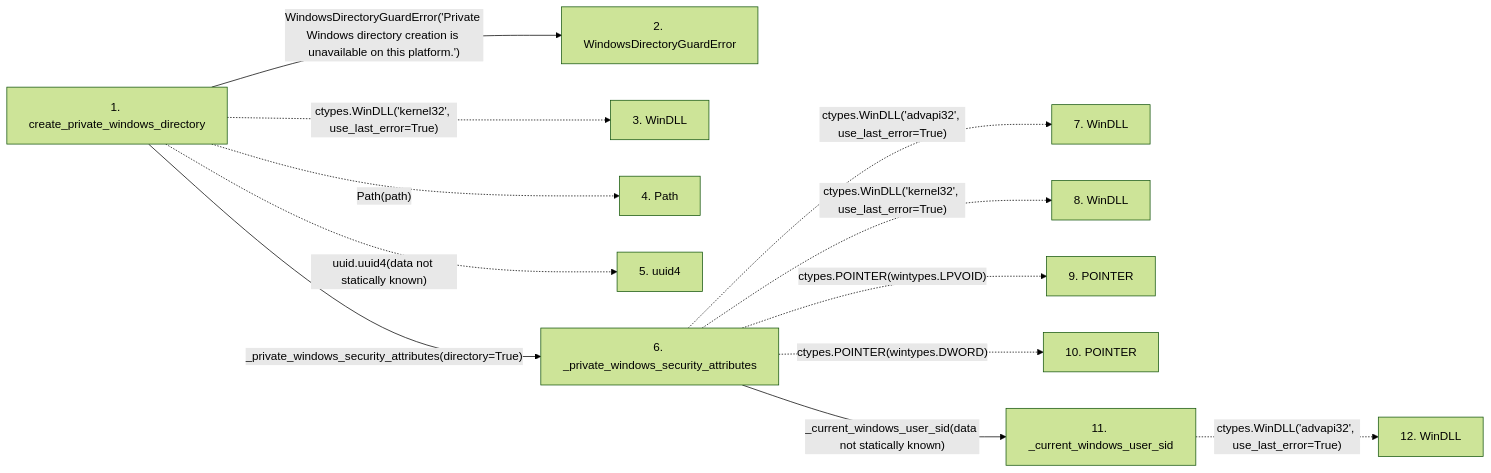
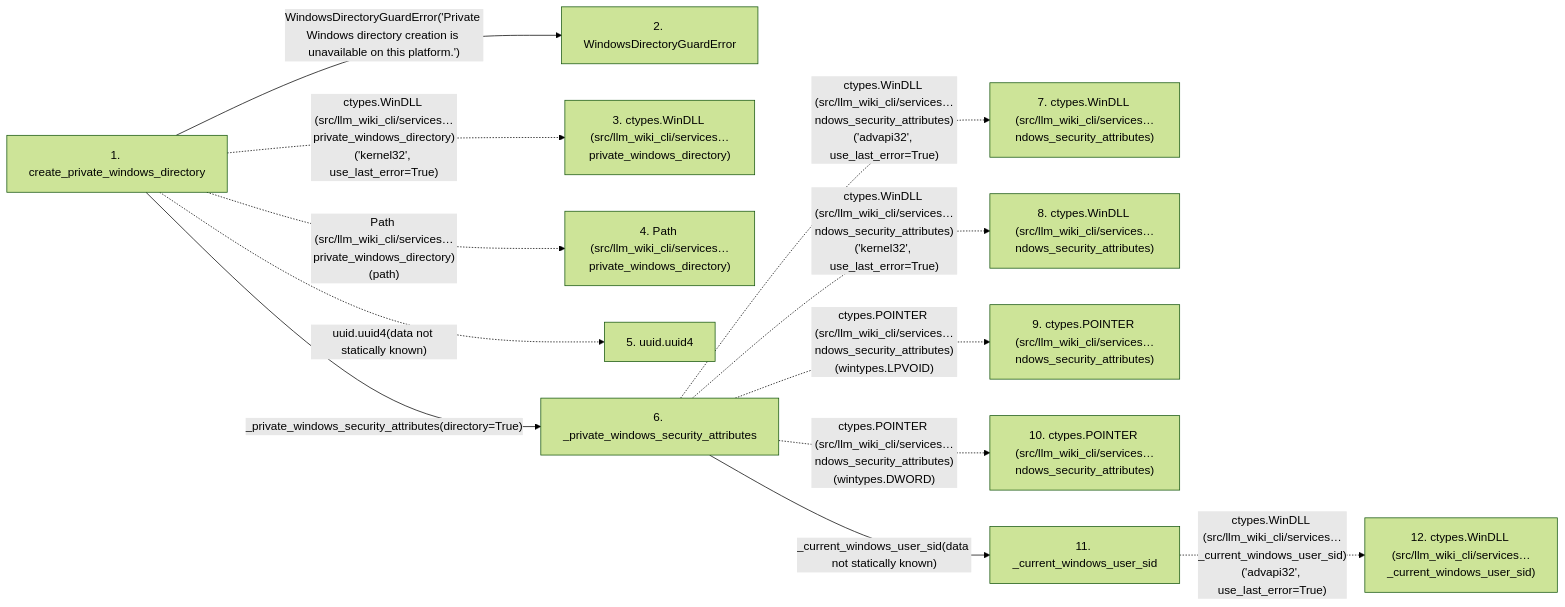
Before and after one commit to Denissvgn/python-wiki-llm: the second of 2 diagrams in docs/llm_wiki/flows/api-create_private_windows_directory.md, drawn with Mermaid (forest theme). The commit also changed other lines of this file and 719 other files, not shown here.

````diff
--- a/docs/llm_wiki/flows/api-create_private_windows_directory.md
+++ b/docs/llm_wiki/flows/api-create_private_windows_directory.md
@@ -67,30 +70,30 @@
 ```mermaid
 flowchart LR
     s1["1. create_private_windows_directory"]
     s2["2. WindowsDirectoryGuardError"]
-    s3["3. WinDLL"]
-    s4["4. Path"]
-    s5["5. uuid4"]
+    s3["3. ctypes.WinDLL (src/llm_wiki_cli/services…private_windows_directory)"]
+    s4["4. Path (src/llm_wiki_cli/services…private_windows_directory)"]
+    s5["5. uuid.uuid4"]
     s6["6. _private_windows_security_attributes"]
-    s7["7. WinDLL"]
-    s8["8. WinDLL"]
-    s9["9. POINTER"]
-    s10["10. POINTER"]
+    s7["7. ctypes.WinDLL (src/llm_wiki_cli/services…ndows_security_attributes)"]
+    s8["8. ctypes.WinDLL (src/llm_wiki_cli/services…ndows_security_attributes)"]
+    s9["9. ctypes.POINTER (src/llm_wiki_cli/services…ndows_security_attributes)"]
+    s10["10. ctypes.POINTER (src/llm_wiki_cli/services…ndows_security_attributes)"]
     s11["11. _current_windows_user_sid"]
-    s12["12. WinDLL"]
+    s12["12. ctypes.WinDLL (src/llm_wiki_cli/services…_current_windows_user_sid)"]
     s1 -->|"WindowsDirectoryGuardError('Private Windows directory creation is unavailable on this platform.')"| s2
-    s1 -. "ctypes.WinDLL('kernel32', use_last_error=True)" .-> s3
-    s1 -. "Path(path)" .-> s4
+    s1 -. "ctypes.WinDLL (src/llm_wiki_cli/services…private_windows_directory)('kernel32', use_last_error=True)" .-> s3
+    s1 -. "Path (src/llm_wiki_cli/services…private_windows_directory)(path)" .-> s4
     s1 -. "uuid.uuid4(data not statically known)" .-> s5
     s1 -->|"_private_windows_security_attributes(directory=True)"| s6
-    s6 -. "ctypes.WinDLL('advapi32', use_last_error=True)" .-> s7
-    s6 -. "ctypes.WinDLL('kernel32', use_last_error=True)" .-> s8
-    s6 -. "ctypes.POINTER(wintypes.LPVOID)" .-> s9
-    s6 -. "ctypes.POINTER(wintypes.DWORD)" .-> s10
+    s6 -. "ctypes.WinDLL (src/llm_wiki_cli/services…ndows_security_attributes)('advapi32', use_last_error=True)" .-> s7
+    s6 -. "ctypes.WinDLL (src/llm_wiki_cli/services…ndows_security_attributes)('kernel32', use_last_error=True)" .-> s8
+    s6 -. "ctypes.POINTER (src/llm_wiki_cli/services…ndows_security_attributes)(wintypes.LPVOID)" .-> s9
+    s6 -. "ctypes.POINTER (src/llm_wiki_cli/services…ndows_security_attributes)(wintypes.DWORD)" .-> s10
     s6 -->|"_current_windows_user_sid(data not statically known)"| s11
-    s11 -. "ctypes.WinDLL('advapi32', use_last_error=True)" .-> s12
+    s11 -. "ctypes.WinDLL (src/llm_wiki_cli/services…_current_windows_user_sid)('advapi32', use_last_error=True)" .-> s12
     click s1 "../modules/filesystem_guard.md"
     click s2 "../modules/filesystem_guard.md"
     click s6 "../modules/filesystem_guard.md"
     click s11 "../modules/filesystem_guard.md"
 ```
````
